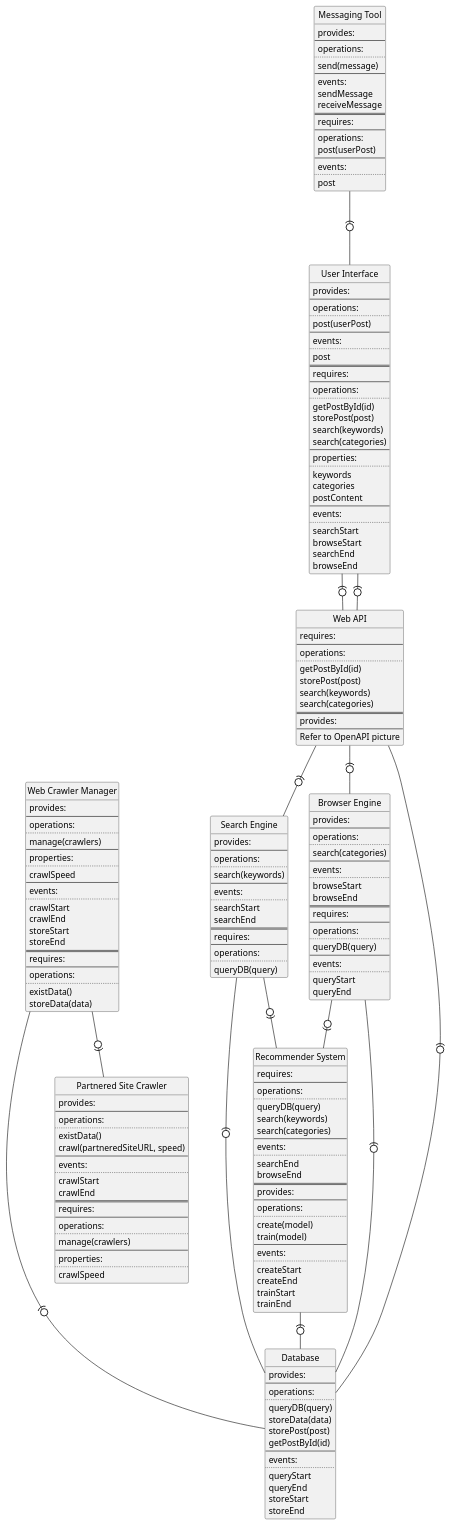
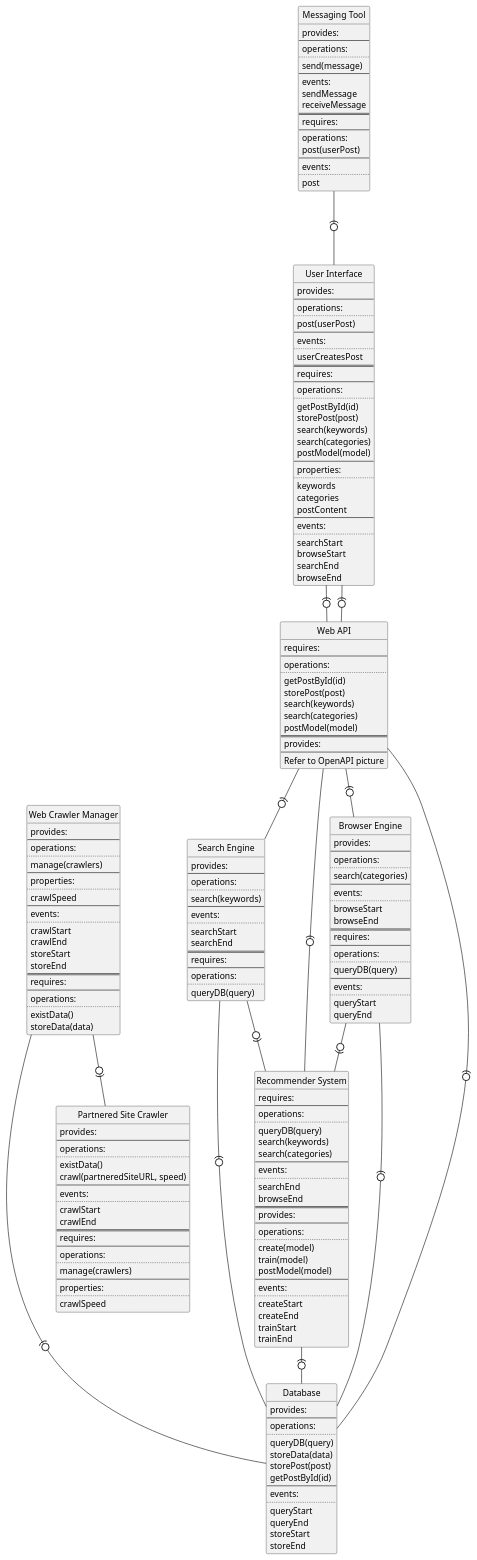
Before and after one commit to USI-MSDE-SA-2022/software-architecture-model-tommi27: the diagram in src/sa/model/interface.puml, drawn with PlantUML. The commit also changed 1 other file, not shown here.

Commit message:
improved post name in ui and added recommender system post to categories

```diff
--- a/src/sa/model/interface.puml
+++ b/src/sa/model/interface.puml
@@ -10,7 +10,7 @@
 --
 events:
 ..
-post
+userCreatesPost
 ==
 requires:
 --
@@ -20,6 +20,7 @@
 storePost(post)
 search(keywords)
 search(categories)
+postModel(model)
 --
 properties:
 ..
@@ -165,6 +166,7 @@
     ..
     create(model)
     train(model)
+    postModel(model)
     --
     events:
     ..
@@ -207,6 +209,7 @@
     storePost(post)
     search(keywords)
     search(categories)
+    postModel(model)
     ==
     provides:
     --
@@ -218,7 +221,8 @@
 "User Interface" -(0- "Web API"
 "Web API" -(0- "Search Engine"
 "Web API" -(0- "Browser Engine"
-"Web API" -(0- "Database"
+"Web API" -(0- Database
+"Web API" -(0- "Recommender System"
 "Web Crawler Manager" --(0- Database
 "Web Crawler Manager" -0)- "Partnered Site Crawler"
 "Search Engine" -(0- Database
```
